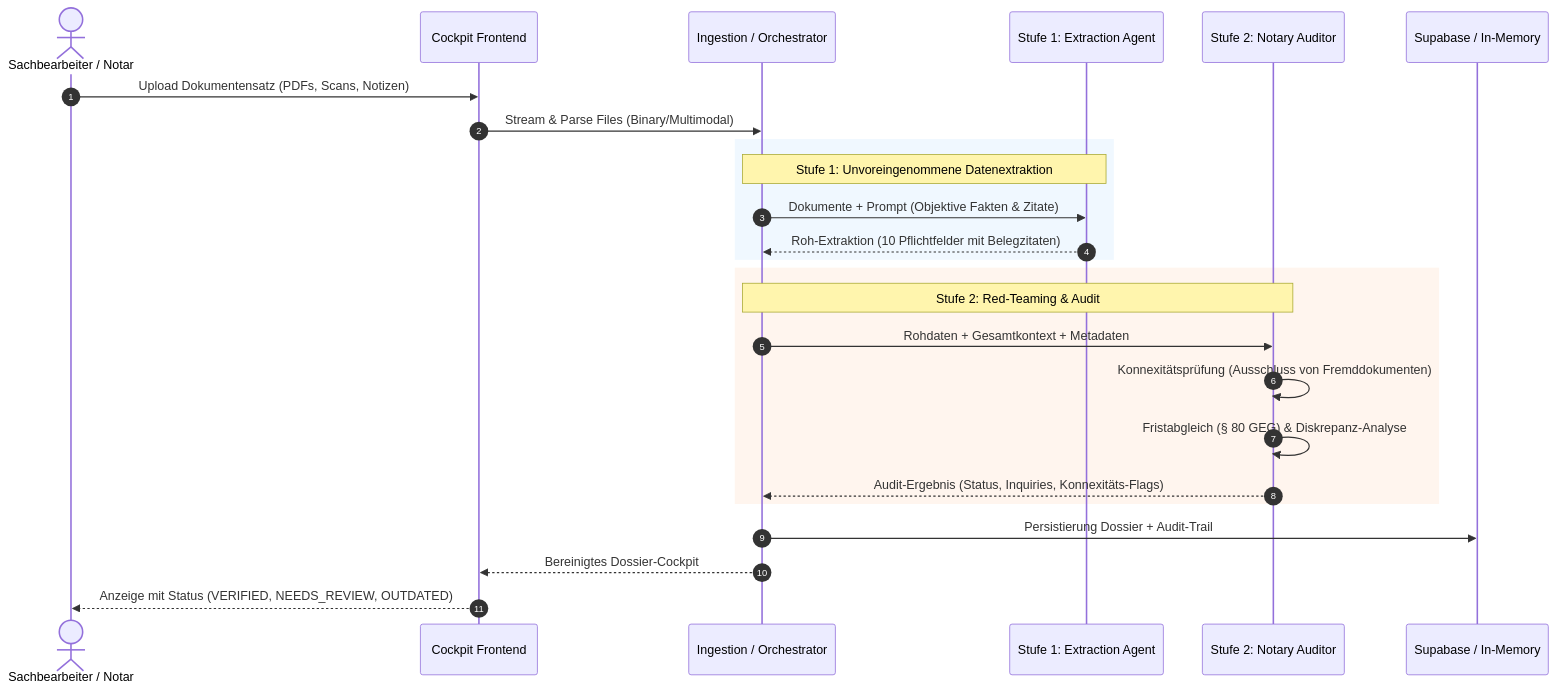
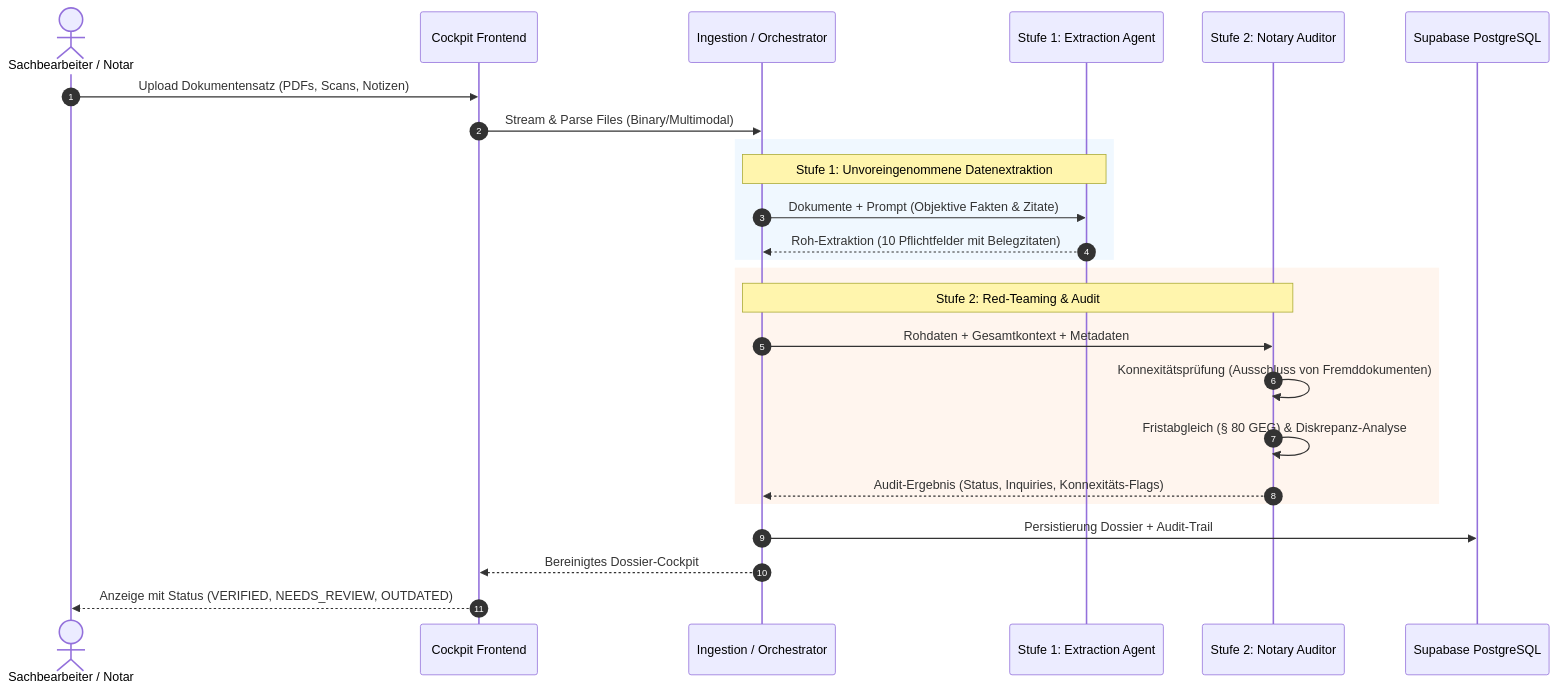
One commit to oguzbits/notar-agent changed the diagram in NOTES.md. Above: the diagram before and after it, drawn with Mermaid. The commit also changed other lines of this file and 9 other files, not shown here.

Commit message:
refactor: remove in-memory fallback mode and enforce strict Supabase PostgreSQL persistence

````diff
--- a/NOTES.md
+++ b/NOTES.md
@@ -29,31 +29,31 @@
 ```mermaid
 sequenceDiagram
     autonumber
     actor Sachbearbeiter as Sachbearbeiter / Notar
     participant UI as Cockpit Frontend
     participant API as Ingestion / Orchestrator
     participant Agent1 as Stufe 1: Extraction Agent
     participant Agent2 as Stufe 2: Notary Auditor
-    participant DB as Supabase / In-Memory
+    participant DB as Supabase PostgreSQL
 
     Sachbearbeiter->>UI: Upload Dokumentensatz (PDFs, Scans, Notizen)
     UI->>API: Stream & Parse Files (Binary/Multimodal)
 
     rect rgb(240, 248, 255)
     Note over API,Agent1: Stufe 1: Unvoreingenommene Datenextraktion
     API->>Agent1: Dokumente + Prompt (Objektive Fakten & Zitate)
     Agent1-->>API: Roh-Extraktion (10 Pflichtfelder mit Belegzitaten)
     end
 
     rect rgb(255, 245, 238)
     Note over API,Agent2: Stufe 2: Red-Teaming & Audit
     API->>Agent2: Rohdaten + Gesamtkontext + Metadaten
     Agent2->>Agent2: Konnexitätsprüfung (Ausschluss von Fremddokumenten)
     Agent2->>Agent2: Fristabgleich (§ 80 GEG) & Diskrepanz-Analyse
     Agent2-->>API: Audit-Ergebnis (Status, Inquiries, Konnexitäts-Flags)
     end
 
     API->>DB: Persistierung Dossier + Audit-Trail
     API-->>UI: Bereinigtes Dossier-Cockpit
     UI-->>Sachbearbeiter: Anzeige mit Status (VERIFIED, NEEDS_REVIEW, OUTDATED)
 ```
````
